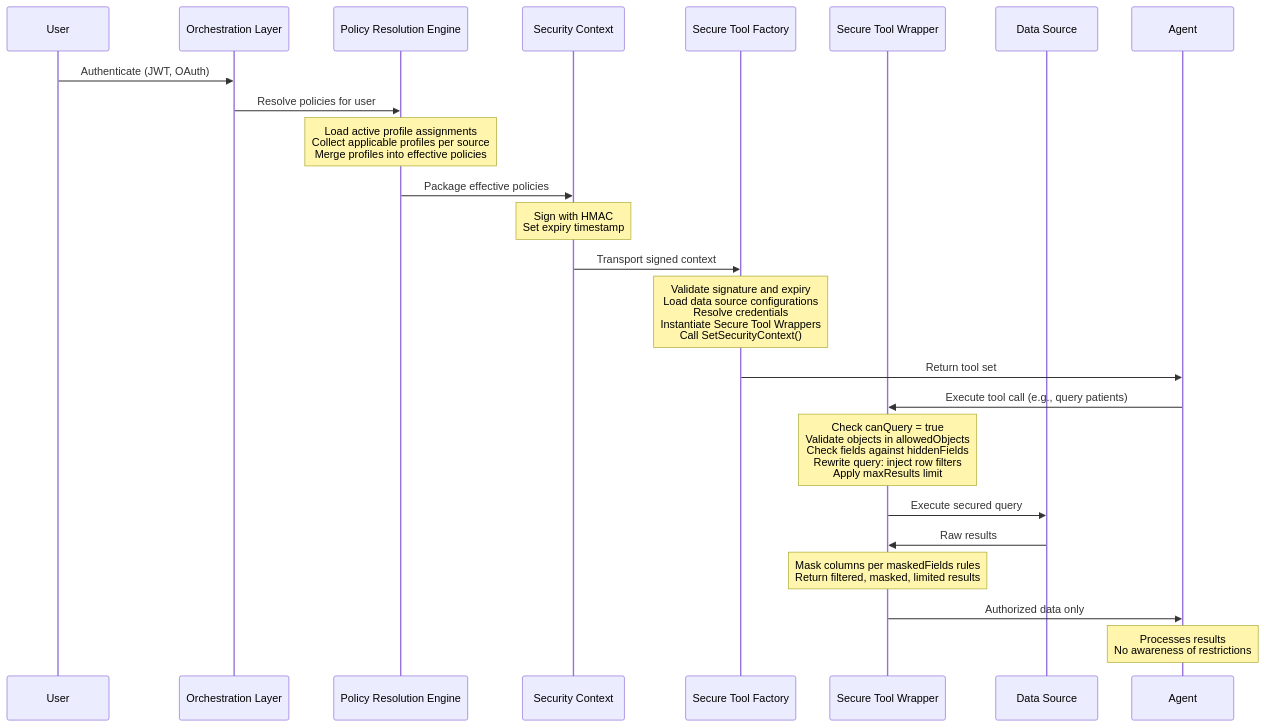
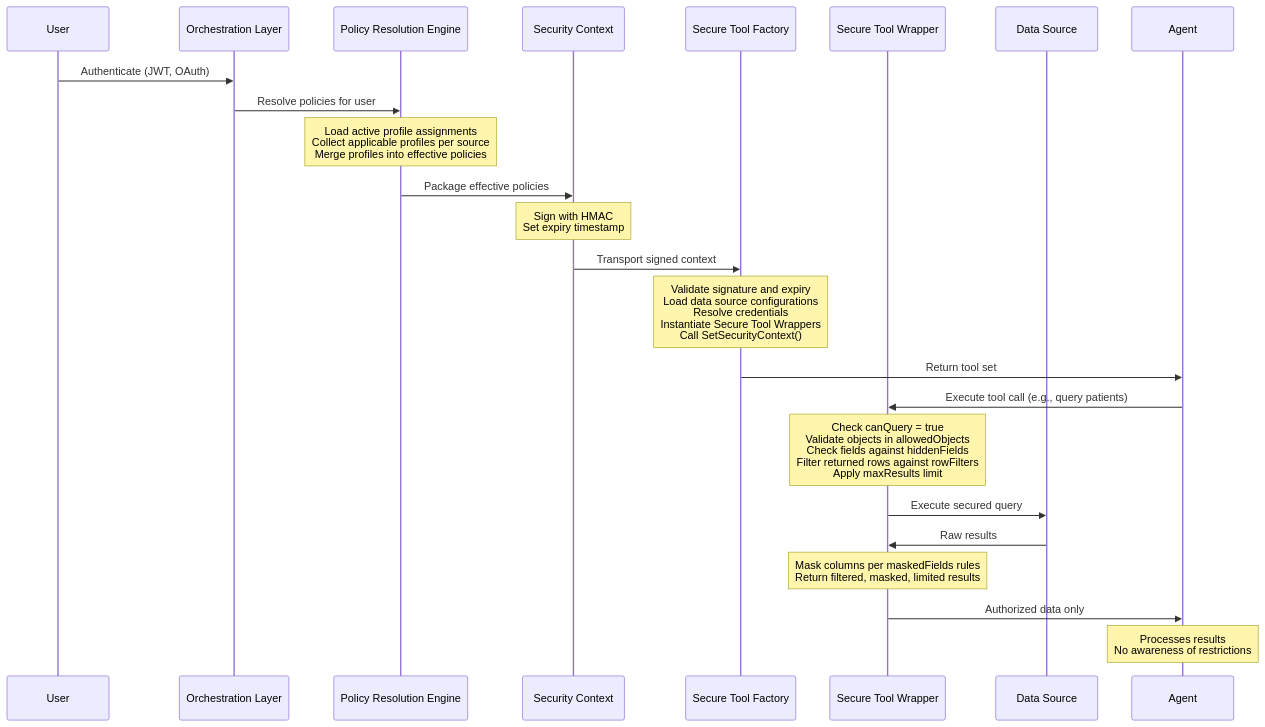
Before and after one commit to awslabs/tolap: the second of 11 diagrams in docs/architecture.md, drawn with Mermaid. The commit also changed other lines of this file and 118 other files, not shown here.

````diff
--- a/docs/architecture.md
+++ b/docs/architecture.md
@@ -159,38 +164,38 @@
 ```mermaid
 sequenceDiagram
     participant User
     participant Orchestration as Orchestration Layer
     participant PRE as Policy Resolution Engine
     participant SC as Security Context
     participant Factory as Secure Tool Factory
     participant Wrapper as Secure Tool Wrapper
     participant DS as Data Source
     participant Agent
 
     User->>Orchestration: Authenticate (JWT, OAuth)
     Orchestration->>PRE: Resolve policies for user
 
     Note over PRE: Load active profile assignments<br/>Collect applicable profiles per source<br/>Merge profiles into effective policies
 
     PRE->>SC: Package effective policies
 
     Note over SC: Sign with HMAC<br/>Set expiry timestamp
 
     SC->>Factory: Transport signed context
 
     Note over Factory: Validate signature and expiry<br/>Load data source configurations<br/>Resolve credentials<br/>Instantiate Secure Tool Wrappers<br/>Call SetSecurityContext()
 
     Factory->>Agent: Return tool set
 
     Agent->>Wrapper: Execute tool call (e.g., query patients)
 
-    Note over Wrapper: Check canQuery = true<br/>Validate objects in allowedObjects<br/>Check fields against hiddenFields<br/>Rewrite query: inject row filters<br/>Apply maxResults limit
+    Note over Wrapper: Check canQuery = true<br/>Validate objects in allowedObjects<br/>Check fields against hiddenFields<br/>Filter returned rows against rowFilters<br/>Apply maxResults limit
 
     Wrapper->>DS: Execute secured query
     DS->>Wrapper: Raw results
 
     Note over Wrapper: Mask columns per maskedFields rules<br/>Return filtered, masked, limited results
 
     Wrapper->>Agent: Authorized data only
     Note over Agent: Processes results<br/>No awareness of restrictions
 ```
````
